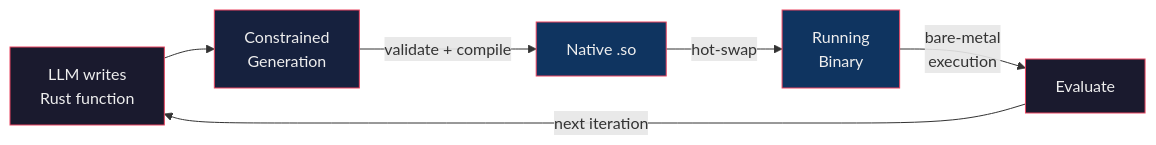
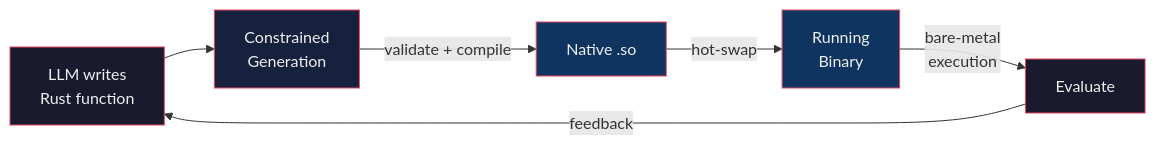
Before and after one commit to MathisWellmann/symbiont: the diagram in README.md, drawn with Mermaid. The commit also changed other lines of this file and 1 other file, not shown here.

````diff
--- a/README.md
+++ b/README.md
@@ -14,14 +12,14 @@
 ```mermaid
 flowchart LR
     A["LLM writes\nRust function"] --> B["Constrained\nGeneration"]
     B -->|"validate + compile"| C["Native .so"]
     C -->|"hot-swap"| D["Running\nBinary"]
     D -->|"bare-metal\nexecution"| E["Evaluate"]
-    E -->|"next iteration"| A
+    E -->|"feedback"| A
 
     style A fill:#1a1a2e,stroke:#e94560,color:#eee
     style B fill:#16213e,stroke:#e94560,color:#eee
     style C fill:#0f3460,stroke:#e94560,color:#eee
     style D fill:#0f3460,stroke:#e94560,color:#eee
     style E fill:#1a1a2e,stroke:#e94560,color:#eee
 ```
````
